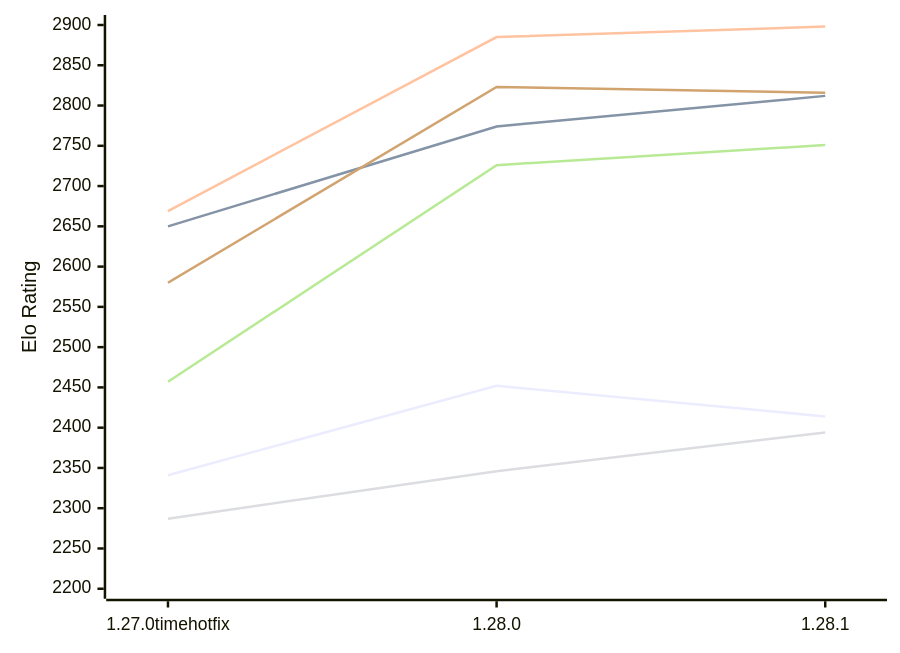
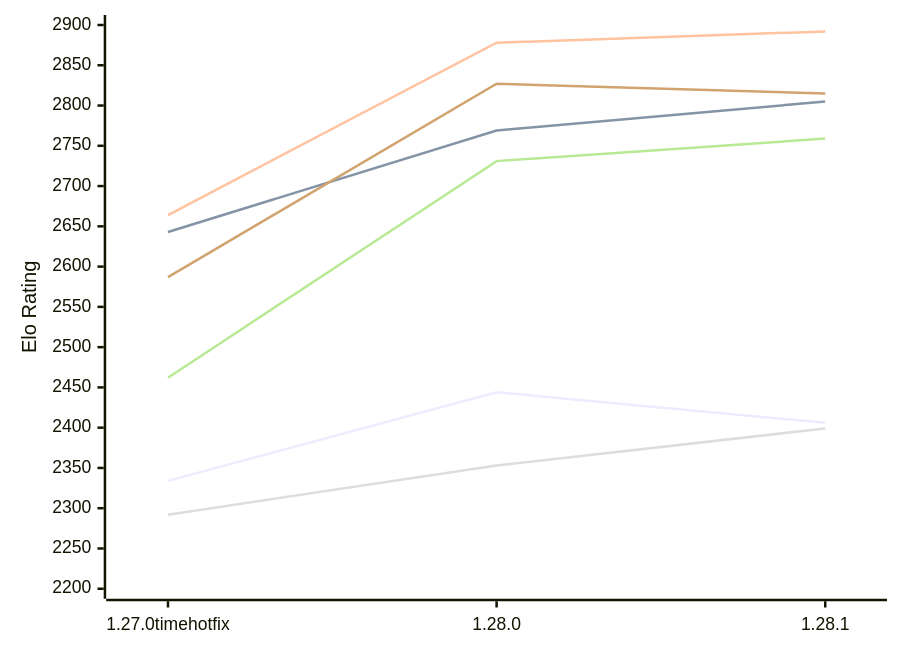
The first of 2 diagrams in engines/Aurora.md (computer-chess-index/cci), drawn with Mermaid before and after one commit. The commit also changed other lines of this file, not shown here.

Commit message:
Update CCI Ratings (ELO VLTC) - 2026-11-18

````diff
--- a/engines/Aurora.md
+++ b/engines/Aurora.md
@@ -52,12 +52,12 @@
 ```mermaid
 %%{init: {"theme":"base","themeVariables":{"seriesColors:['#a3a3a3','#222221','#faa371']}}}%%
 xychart-beta
   x-axis ["1.27.0timehotfix", "1.28.0", "1.28.1"]
   y-axis "Elo Rating" 2200 --> 2900
-  line "E1: STC (8.0+0.08s)" [2341, 2452, 2414]
-  line "E1: LTC (60.0+0.60s)" [2650, 2774, 2812]
-  line "E1: VLTC (2m24s+1.12s)" [2669, 2885, 2898]
-  line "P1: STC (8.0+0.08s)" [2287, 2346, 2394]
-  line "P1: LTC (60.0+0.60s)" [2457, 2726, 2751]
-  line "P1: VLTC (2m24s+1.12s)" [2580, 2823, 2816]
+  line "E1: STC (8.0+0.08s)" [2334, 2444, 2406]
+  line "E1: LTC (60.0+0.60s)" [2643, 2769, 2805]
+  line "E1: VLTC (2m24s+1.12s)" [2664, 2878, 2892]
+  line "P1: STC (8.0+0.08s)" [2292, 2353, 2399]
+  line "P1: LTC (60.0+0.60s)" [2462, 2731, 2759]
+  line "P1: VLTC (2m24s+1.12s)" [2587, 2827, 2815]
 ```
````
